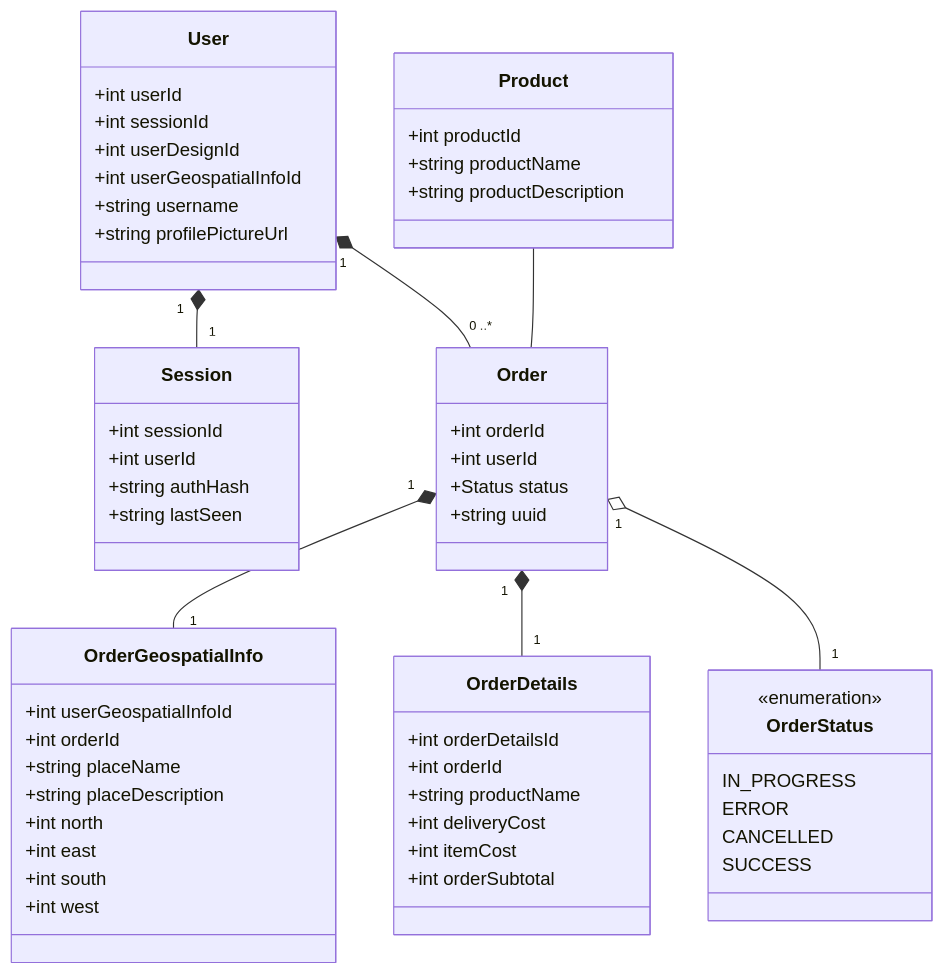
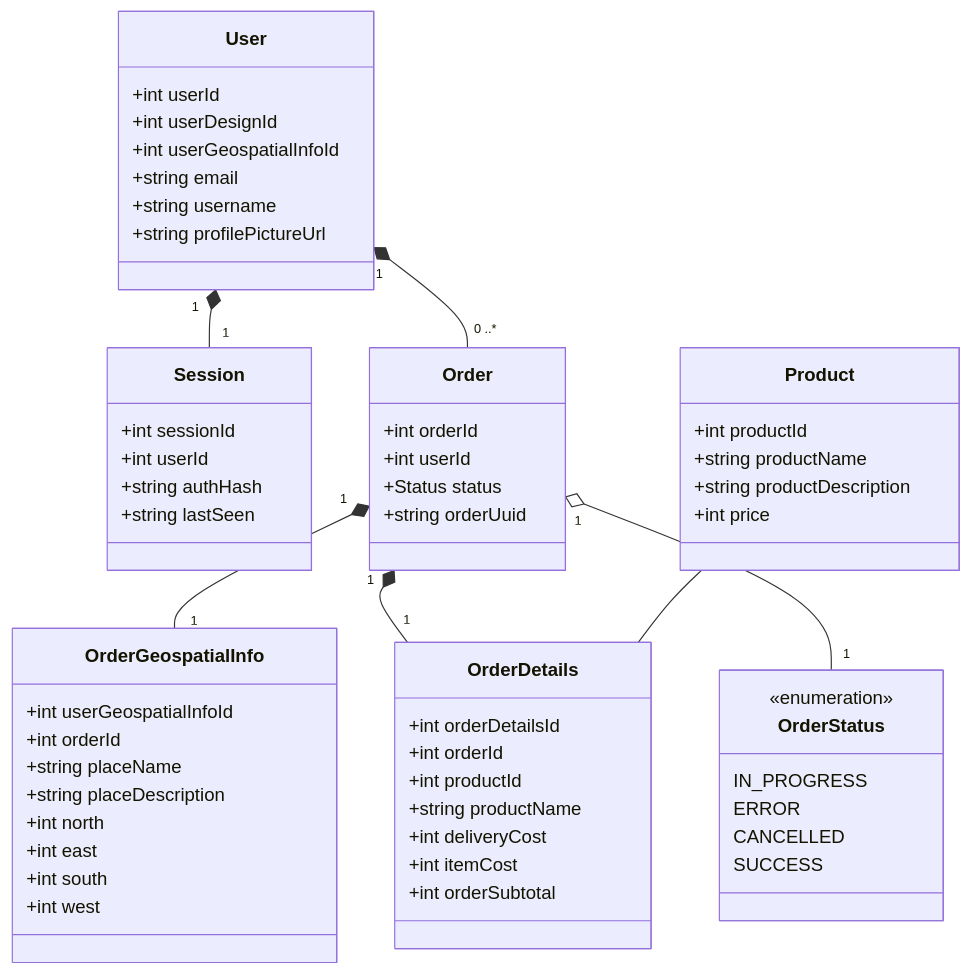
The diagram in docs/models/class.md (Devkeystuff/humboldt), drawn with Mermaid before and after one commit. The commit also changed 1 other file, not shown here.

Commit message:
chore(docs): updated models

````diff
--- a/docs/models/class.md
+++ b/docs/models/class.md
@@ -1,68 +1,70 @@
 ```mermaid
 classDiagram
     class User {
         +int userId
-        +int sessionId
         +int userDesignId
         +int userGeospatialInfoId
+        +string email
         +string username
         +string profilePictureUrl
     }
 
     class Session {
         +int sessionId
         +int userId
         +string authHash
         +string lastSeen
     }
 
     class OrderGeospatialInfo {
         +int userGeospatialInfoId
         +int orderId
         +string placeName
         +string placeDescription
         +int north
         +int east
         +int south
         +int west
     }
 
     class Order {
         +int orderId
         +int userId
         +Status status
-        +string uuid
+        +string orderUuid
     }
 
     class OrderDetails {
         +int orderDetailsId
         +int orderId
+        +int productId
         +string productName
         +int deliveryCost
         +int itemCost
         +int orderSubtotal
     }
 
     class OrderStatus {
         <<enumeration>>
         IN_PROGRESS
         ERROR
         CANCELLED
         SUCCESS
     }
 
     class Product {
         +int productId
         +string productName
         +string productDescription
+        +int price
     }
 
     User "1" *-- "0 ..*" Order
     Order "1" *-- "1" OrderGeospatialInfo
     User "1" *-- "1" Session
     Order "1" *-- "1" OrderDetails
     Order "1" o-- "1" OrderStatus
 
-    Product -- Order
+    Product -- OrderDetails
 
 ```
````
